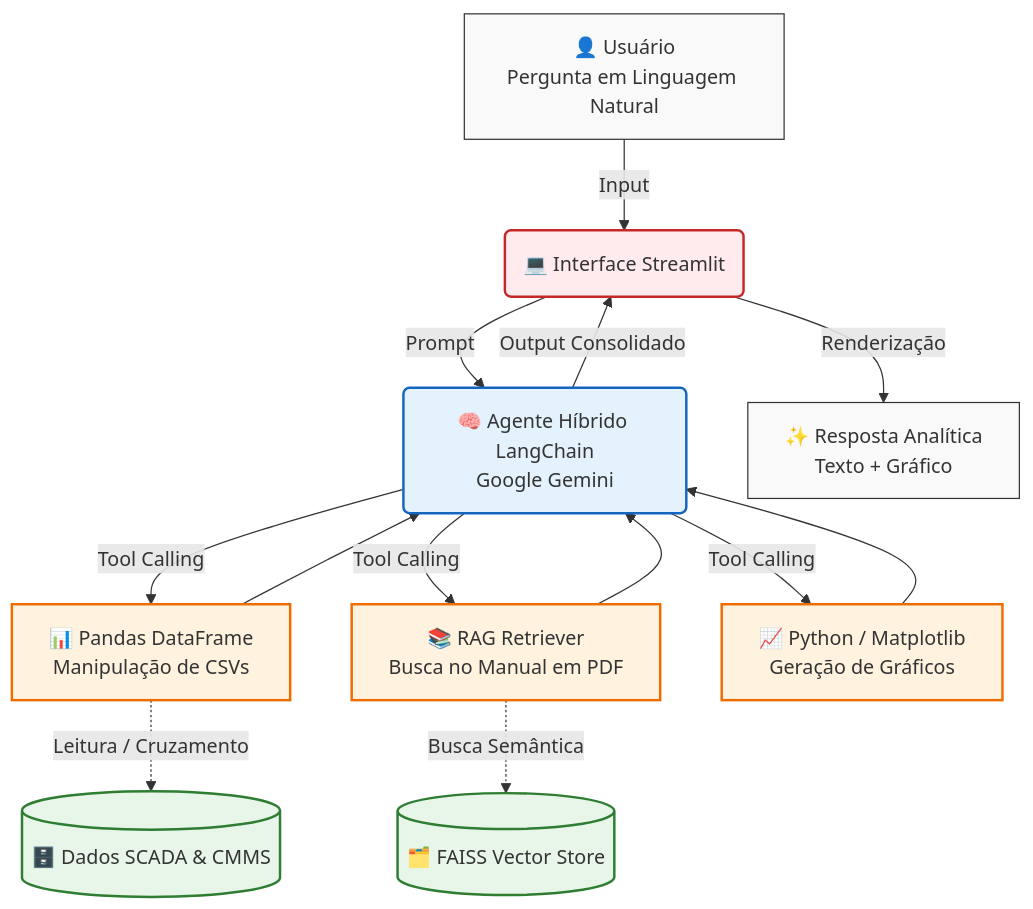
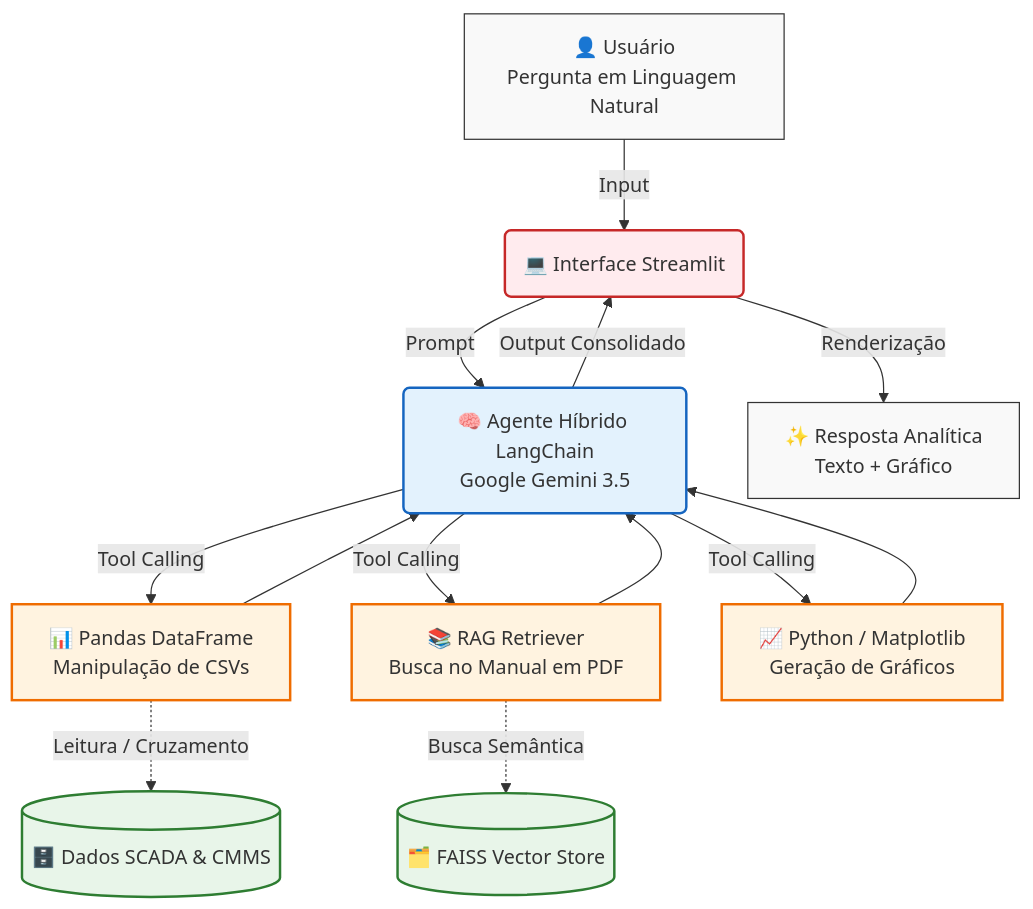
One commit to LysaJPDataLab/challenge-aluragente-o-m-failure-analysis changed the diagram in README.md. Above: the diagram before and after it, drawn with Mermaid. The commit also changed other lines of this file, not shown here.

Commit message:
Update README with Google Gemini version details

````diff
--- a/README.md
+++ b/README.md
@@ -100,36 +100,36 @@
 ```mermaid
 graph TD
     %% Definição de Nós
     U[👤 Usuário<br>Pergunta em Linguagem Natural] -->|Input| UI(💻 Interface Streamlit)
-    UI -->|Prompt| A(🧠 Agente Híbrido LangChain<br>Google Gemini)
+    UI -->|Prompt| A(🧠 Agente Híbrido LangChain<br>Google Gemini 3.5)
 
     %% Ferramentas do Agente
     A -->|Tool Calling| T1[📊 Pandas DataFrame<br>Manipulação de CSVs]
     A -->|Tool Calling| T2[📚 RAG Retriever<br>Busca no Manual em PDF]
     A -->|Tool Calling| T3[📈 Python / Matplotlib<br>Geração de Gráficos]
 
     %% Bases de Dados
     T1 -.->|Leitura / Cruzamento| D1[(🗄️ Dados SCADA & CMMS)]
     T2 -.->|Busca Semântica| D2[(🗂️ FAISS Vector Store)]
 
     %% Retorno
     T1 --> A
     T2 --> A
     T3 --> A
 
     A -->|Output Consolidado| UI
     UI -->|Renderização| R[✨ Resposta Analítica<br>Texto + Gráfico]
 
     %% Estilização (Classes)
     classDef user fill:#f9f9f9,stroke:#333,stroke-width:1px;
     classDef ui fill:#ffebee,stroke:#c62828,stroke-width:2px;
     classDef agent fill:#e3f2fd,stroke:#1565c0,stroke-width:2px;
     classDef tool fill:#fff3e0,stroke:#ef6c00,stroke-width:2px;
     classDef data fill:#e8f5e9,stroke:#2e7d32,stroke-width:2px;
 
     class U,R user;
     class UI ui;
     class A agent;
     class T1,T2,T3 tool;
     class D1,D2 data;
 ```
````
